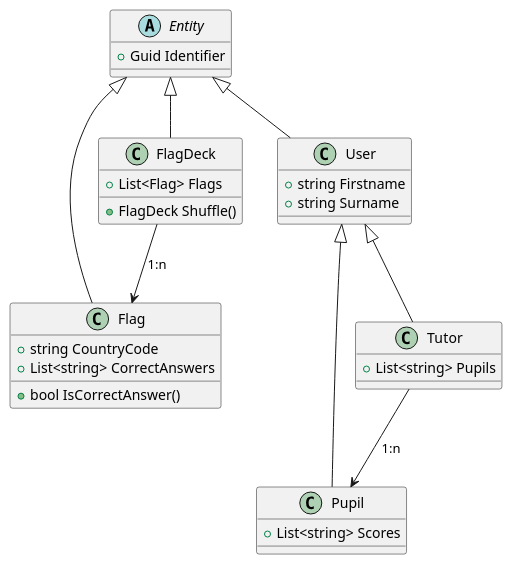
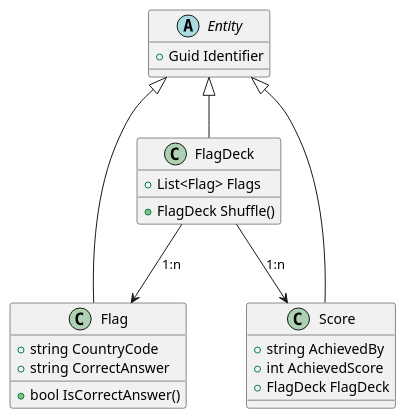
The diagram in uml/class.puml (SlagterJ/2024-b1-individueel), drawn with PlantUML before and after one commit. The commit also changed 8 other files, not shown here.

```diff
--- a/uml/class.puml
+++ b/uml/class.puml
@@ -1,42 +1,34 @@
 @startuml class
 
 abstract class Entity {
   + Guid Identifier
 }
 
 class Flag {
   + string CountryCode
-  + List<string> CorrectAnswers
+  + string CorrectAnswer
 
   + bool IsCorrectAnswer()
 }
 
 class FlagDeck {
   + List<Flag> Flags
 
   + FlagDeck Shuffle()
 }
 
-class User {
-  + string Firstname
-  + string Surname
+class Score {
+  + string AchievedBy
+  + int AchievedScore
+  + FlagDeck FlagDeck
 }
 
-class Pupil {
-  + List<string> Scores
-}
-
-class Tutor {
-  + List<string> Pupils
-}
 
 Entity <|-- Flag
 Entity <|-- FlagDeck
-Entity <|-- User
-User <|-- Pupil
-User <|-- Tutor
+Entity <|-- Score
 
 FlagDeck --> Flag : 1:n
-Tutor --> Pupil : 1:n
+FlagDeck --> Score : 1:n
 
 @enduml
```
